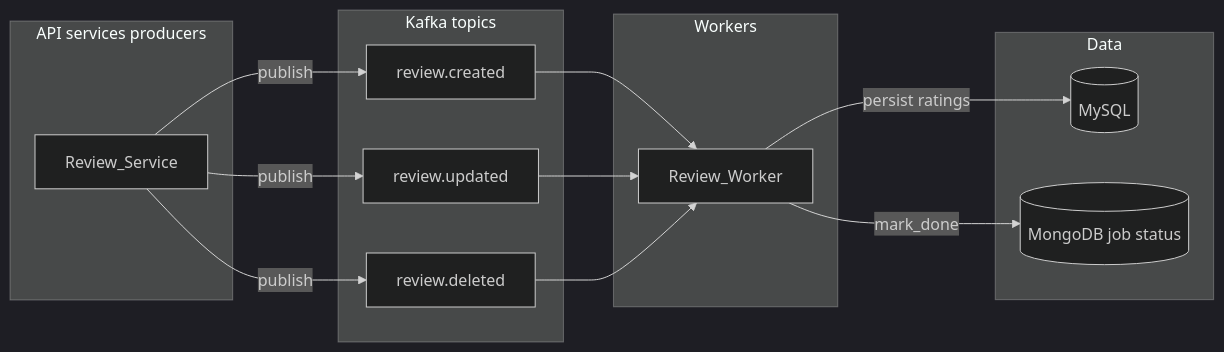
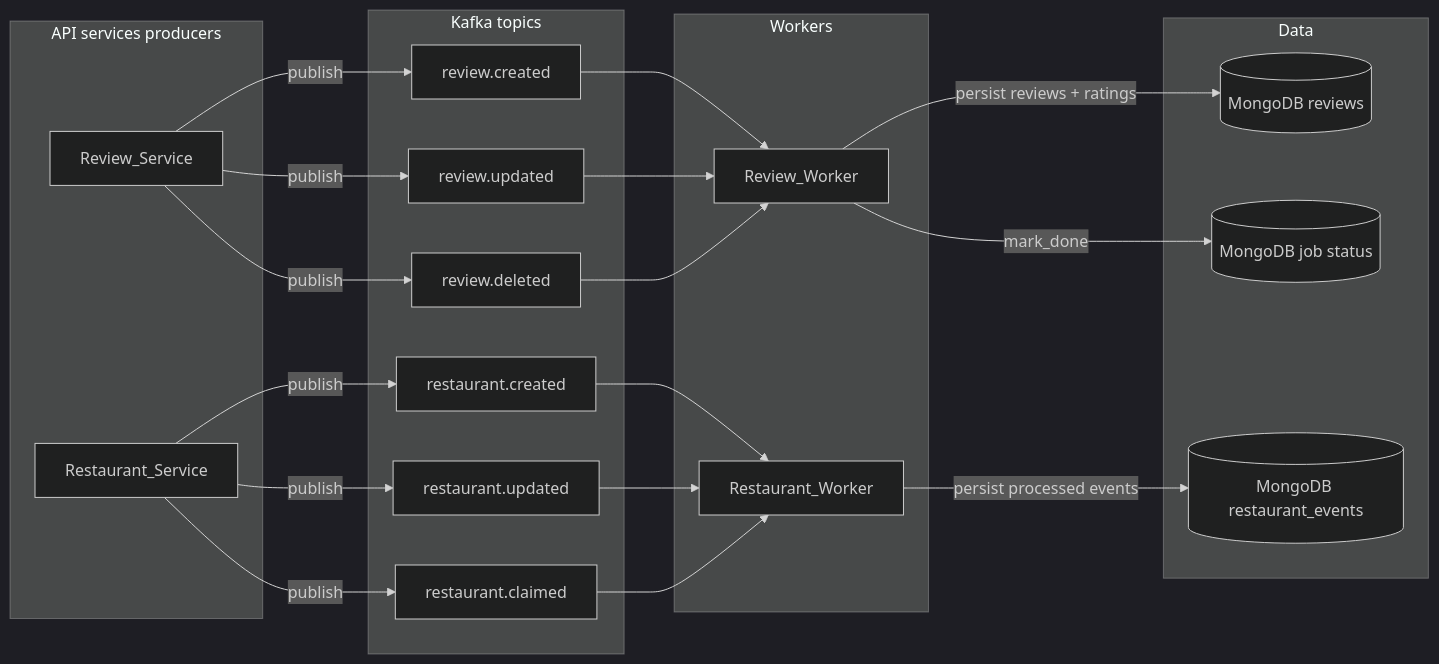
The diagram in lab2/docs/ARCHITECTURE_KAFKA.md (ashmitha-balaji/Yelp_restaurants), drawn with Mermaid (dark theme) before and after one commit. The commit also changed other lines of this file and 39 other files, not shown here.

````diff
--- a/lab2/docs/ARCHITECTURE_KAFKA.md
+++ b/lab2/docs/ARCHITECTURE_KAFKA.md
@@ -3,26 +3,39 @@
 ```mermaid
 flowchart LR
   subgraph producers [API services producers]
     ReviewAPI[Review_Service]
+    RestaurantAPI[Restaurant_Service]
   end
   subgraph kafka [Kafka topics]
     T1[review.created]
     T2[review.updated]
     T3[review.deleted]
+    T4[restaurant.created]
+    T5[restaurant.updated]
+    T6[restaurant.claimed]
   end
   subgraph consumers [Workers]
     RW[Review_Worker]
+    RSW[Restaurant_Worker]
   end
   subgraph data [Data]
-    MySQL[(MySQL)]
-    Mongo[(MongoDB job status)]
+    MongoReviews[(MongoDB reviews)]
+    MongoJobs[(MongoDB job status)]
+    MongoEvents[(MongoDB restaurant_events)]
   end
   ReviewAPI -->|publish| T1
   ReviewAPI -->|publish| T2
   ReviewAPI -->|publish| T3
+  RestaurantAPI -->|publish| T4
+  RestaurantAPI -->|publish| T5
+  RestaurantAPI -->|publish| T6
   T1 --> RW
   T2 --> RW
   T3 --> RW
-  RW -->|persist ratings| MySQL
-  RW -->|mark_done| Mongo
+  T4 --> RSW
+  T5 --> RSW
+  T6 --> RSW
+  RW -->|persist reviews + ratings| MongoReviews
+  RW -->|mark_done| MongoJobs
+  RSW -->|persist processed events| MongoEvents
 ```
````
